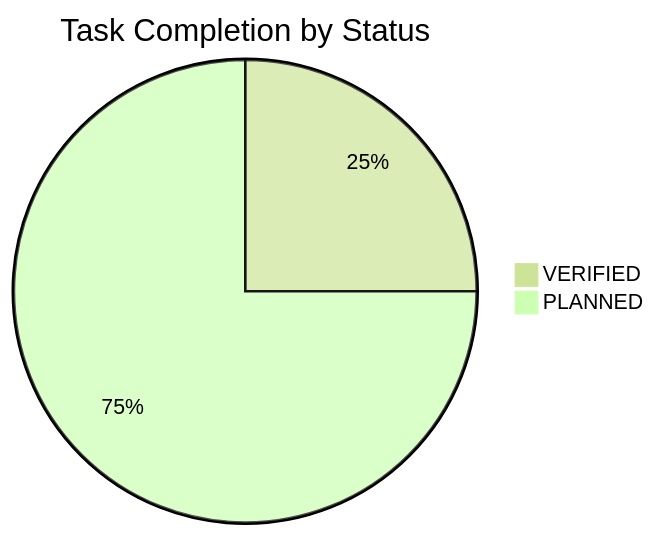
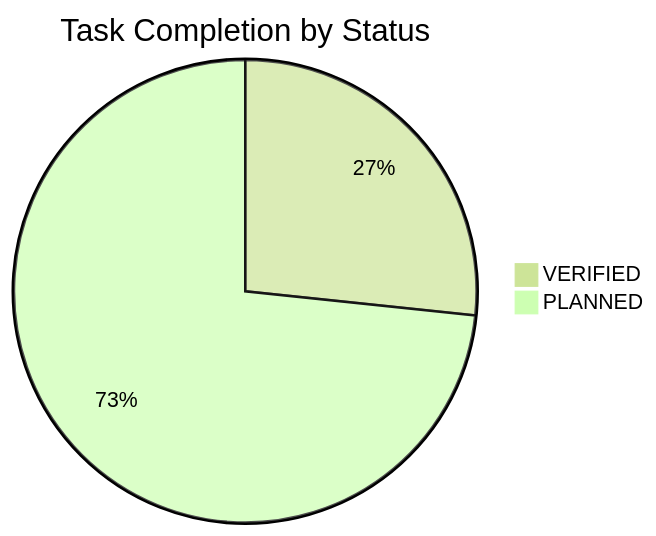
Before and after one commit to NguyenTriBaoThang/ClearWayAI: the diagram in docs/TASK_BOARD.md, drawn with Mermaid (forest theme). The commit also changed other lines of this file and 4 other files, not shown here.

````diff
--- a/docs/TASK_BOARD.md
+++ b/docs/TASK_BOARD.md
@@ -16,5 +16,5 @@
 ```mermaid
 pie title Task Completion by Status
-    "VERIFIED" : 15
-    "PLANNED" : 45
+    "VERIFIED" : 16
+    "PLANNED" : 44
 ```
````
